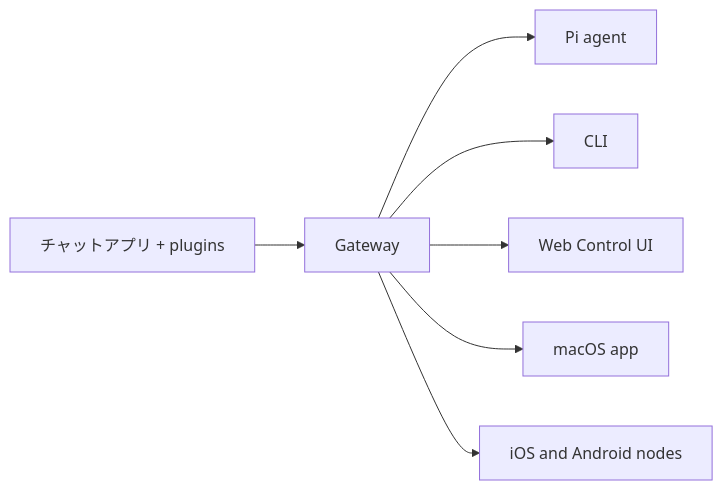
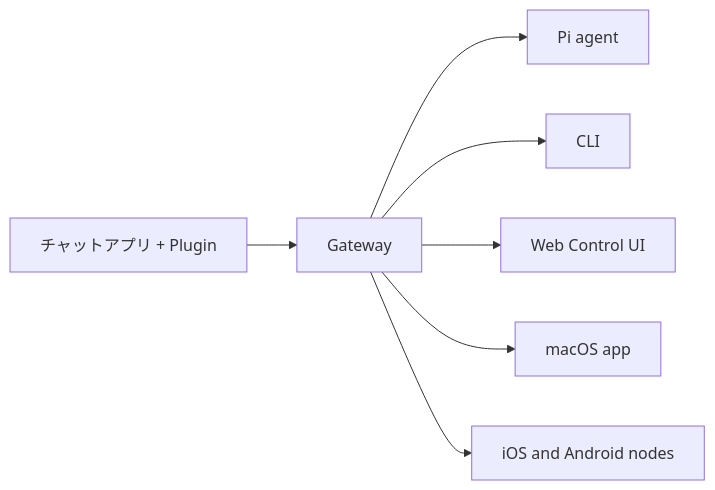
Before and after one commit to daichangya/openclaw-docs: the diagram in docs/ja-JP/index.md, drawn with Mermaid. The commit also changed other lines of this file and 54 other files, not shown here.

````diff
--- a/docs/ja-JP/index.md
+++ b/docs/ja-JP/index.md
@@ -68,9 +68,9 @@
 ```mermaid
 flowchart LR
-  A["チャットアプリ + plugins"] --> B["Gateway"]
+  A["チャットアプリ + Plugin"] --> B["Gateway"]
   B --> C["Pi agent"]
   B --> D["CLI"]
   B --> E["Web Control UI"]
   B --> F["macOS app"]
   B --> G["iOS and Android nodes"]
 ```
````
